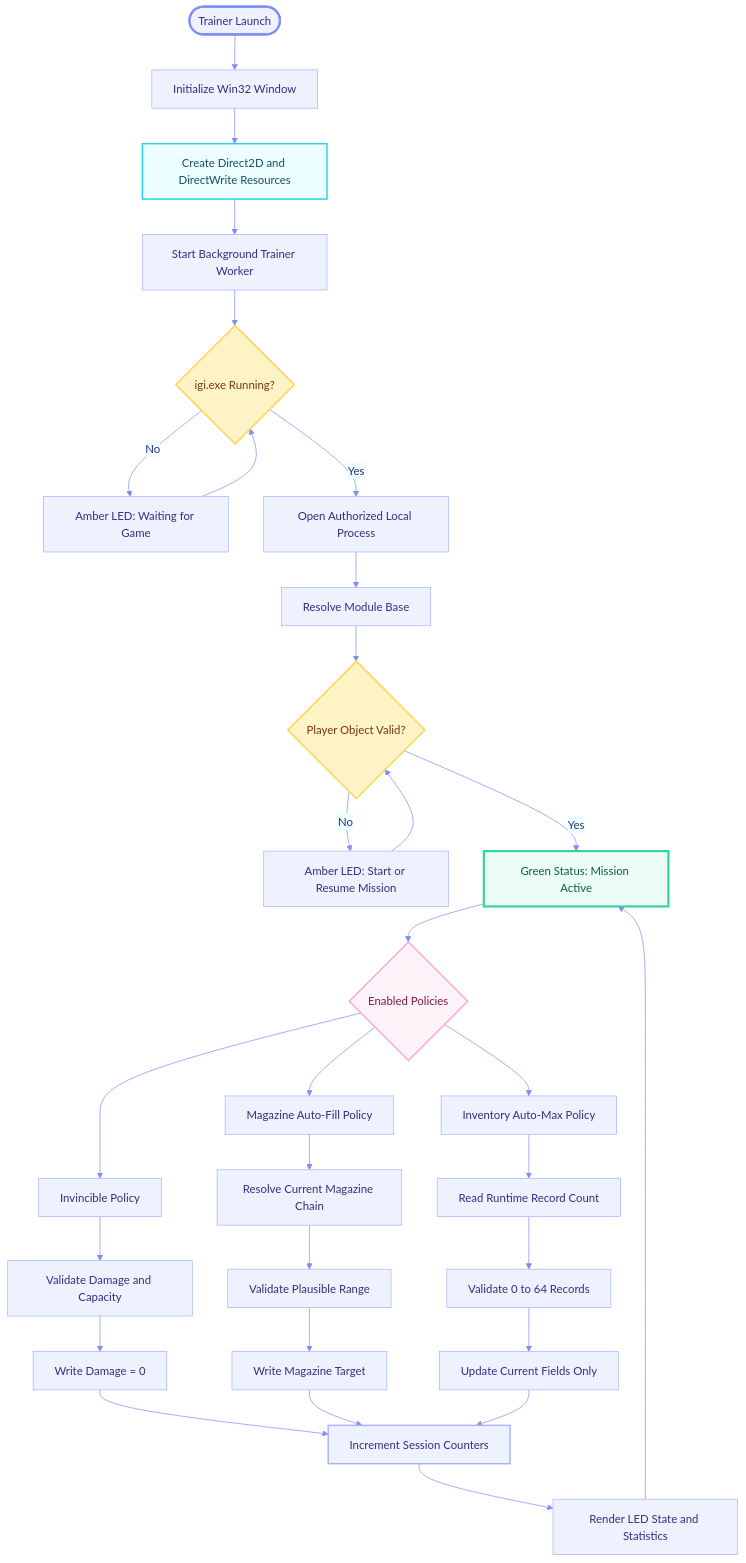
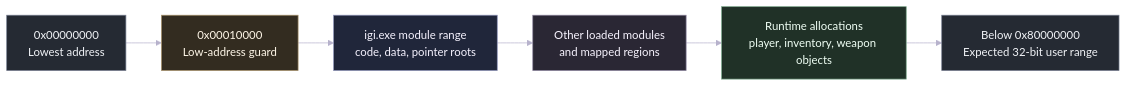
The first of 17 diagrams in README.md (Tanishq-JM/Project-IGI-Offline-Trainer), drawn with Mermaid before and after one commit. The commit also changed other lines of this file, not shown here.

````diff
--- a/README.md
+++ b/README.md
@@ -121,48 +135,16 @@
 ```mermaid
-%%{init: {'theme':'base', 'themeVariables': { 'primaryColor':'#EEF2FF','primaryTextColor':'#312E81','primaryBorderColor':'#A5B4FC','lineColor':'#818CF8','secondaryColor':'#ECFEFF','tertiaryColor':'#ECFDF5','noteBkgColor':'#FEF3C7','noteTextColor':'#78350F','noteBorderColor':'#FCD34D'}}}%%
-flowchart TB
-    Start([Trainer Launch]) --> UI[Initialize Win32 Window]
-    UI --> GPU[Create Direct2D and DirectWrite Resources]
-    GPU --> Worker[Start Background Trainer Worker]
+%%{init: {'theme':'base', 'themeVariables': {'background':'#0F1117','primaryColor':'#20263A','primaryTextColor':'#F6F3FF','primaryBorderColor':'#8E93B8','lineColor':'#B7B2CC','secondaryColor':'#1D2C35','secondaryTextColor':'#F3FAFC','secondaryBorderColor':'#7E9BAA','tertiaryColor':'#342633','tertiaryTextColor':'#FFF2FB','tertiaryBorderColor':'#A17F9D','noteBkgColor':'#332C20','noteTextColor':'#FFF7E8','noteBorderColor':'#AA946D','fontFamily':'Segoe UI'}}}%%
+flowchart LR
+    Low["0x00000000<br/>Lowest address"] --> Guard["0x00010000<br/>Low-address guard"]
+    Guard --> Module["igi.exe module range<br/>code, data, pointer roots"]
+    Module --> Mapped["Other loaded modules<br/>and mapped regions"]
+    Mapped --> Runtime["Runtime allocations<br/>player, inventory, weapon objects"]
+    Runtime --> High["Below 0x80000000<br/>Expected 32-bit user range"]
 
-    Worker --> Detect{igi.exe Running?}
-    Detect -->|No| Waiting[Amber LED: Waiting for Game]
-    Waiting --> Detect
-    Detect -->|Yes| Attach[Open Authorized Local Process]
-
-    Attach --> Module[Resolve Module Base]
-    Module --> Player{Player Object Valid?}
-    Player -->|No| MissionWait[Amber LED: Start or Resume Mission]
-    MissionWait --> Player
-    Player -->|Yes| Active[Green Status: Mission Active]
-
-    Active --> Policies{Enabled Policies}
-    Policies --> Health[Invincible Policy]
-    Policies --> Magazine[Magazine Auto-Fill Policy]
-    Policies --> Inventory[Inventory Auto-Max Policy]
-
-    Health --> ValidateHealth[Validate Damage and Capacity]
-    ValidateHealth --> HealthWrite[Write Damage = 0]
-
-    Magazine --> ResolveMag[Resolve Current Magazine Chain]
-    ResolveMag --> ValidateMag[Validate Plausible Range]
-    ValidateMag --> MagWrite[Write Magazine Target]
-
-    Inventory --> ReadTable[Read Runtime Record Count]
-    ReadTable --> ValidateTable[Validate 0 to 64 Records]
-    ValidateTable --> InventoryWrite[Update Current Fields Only]
-
-    HealthWrite --> Counters[Increment Session Counters]
-    MagWrite --> Counters
-    InventoryWrite --> Counters
-    Counters --> Render[Render LED State and Statistics]
-    Render --> Active
-
-    style Start fill:#EEF2FF,stroke:#818CF8,stroke-width:3px,color:#312E81
-    style Active fill:#ECFDF5,stroke:#34D399,stroke-width:3px,color:#065F46
-    style Detect fill:#FEF3C7,stroke:#FCD34D,stroke-width:2px,color:#78350F
-    style Player fill:#FEF3C7,stroke:#FCD34D,stroke-width:2px,color:#78350F
-    style Policies fill:#FDF2F8,stroke:#F9A8D4,stroke-width:2px,color:#831843
-    style GPU fill:#ECFEFF,stroke:#22D3EE,stroke-width:2px,color:#164E63
-    style Counters fill:#EEF2FF,stroke:#A5B4FC,stroke-width:2px,color:#312E81
+    style Low fill:#252A33,stroke:#777F91,color:#F1F3F7
+    style Guard fill:#332C20,stroke:#AA946D,color:#FFF7E8
+    style Module fill:#20263A,stroke:#8E93B8,color:#F6F3FF
+    style Mapped fill:#2A2734,stroke:#8C849D,color:#F8F4FF
+    style Runtime fill:#203127,stroke:#79A68A,color:#F0FFF5
+    style High fill:#252A33,stroke:#777F91,color:#F1F3F7
 ```
````
